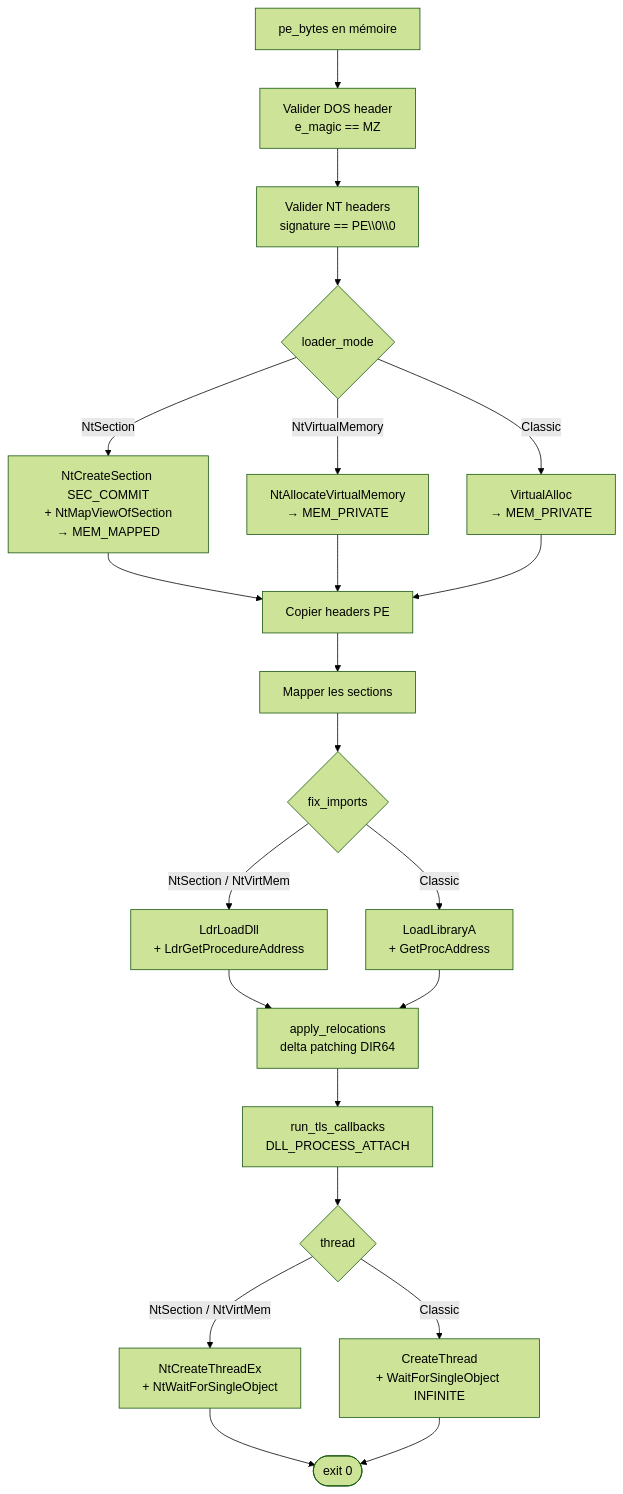
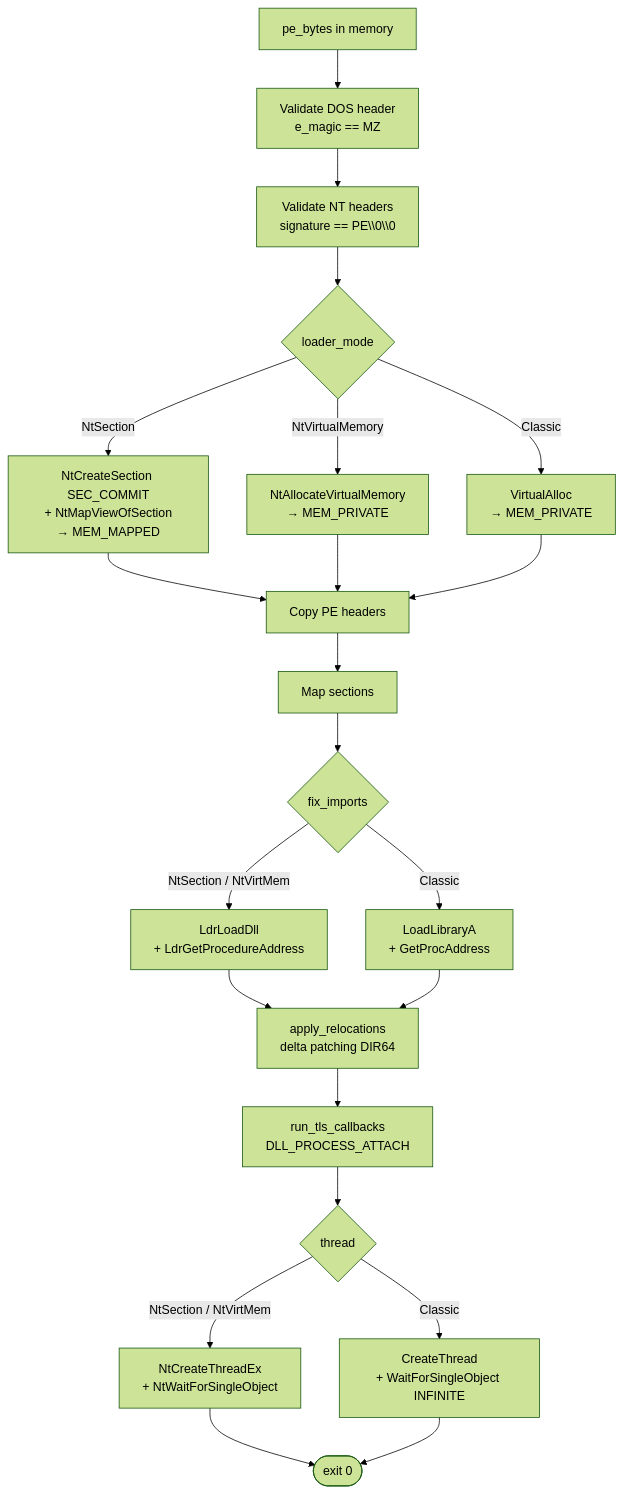
Before and after one commit to Xor290/C2-XOR: diagram 13 of 18 in packer/DOCUMENTATION.md, drawn with Mermaid (forest theme). The commit also changed other lines of this file, not shown here.

````diff
--- a/packer/DOCUMENTATION.md
+++ b/packer/DOCUMENTATION.md
@@ -227,20 +268,20 @@
 ```mermaid
 flowchart TD
-    A[pe_bytes en mémoire] --> B[Valider DOS header\ne_magic == MZ]
-    B --> C[Valider NT headers\nsignature == PE\\0\\0]
+    A[pe_bytes in memory] --> B[Validate DOS header\ne_magic == MZ]
+    B --> C[Validate NT headers\nsignature == PE\\0\\0]
     C --> D{loader_mode}
     D -->|NtSection| D1[NtCreateSection SEC_COMMIT\n+ NtMapViewOfSection\n→ MEM_MAPPED]
     D -->|NtVirtualMemory| D2[NtAllocateVirtualMemory\n→ MEM_PRIVATE]
     D -->|Classic| D3[VirtualAlloc\n→ MEM_PRIVATE]
-    D1 & D2 & D3 --> E[Copier headers PE]
-    E --> F[Mapper les sections]
+    D1 & D2 & D3 --> E[Copy PE headers]
+    E --> F[Map sections]
     F --> G{fix_imports}
     G -->|NtSection / NtVirtMem| G1[LdrLoadDll\n+ LdrGetProcedureAddress]
     G -->|Classic| G2[LoadLibraryA\n+ GetProcAddress]
     G1 & G2 --> H[apply_relocations\ndelta patching DIR64]
     H --> I[run_tls_callbacks\nDLL_PROCESS_ATTACH]
     I --> J{thread}
     J -->|NtSection / NtVirtMem| J1[NtCreateThreadEx\n+ NtWaitForSingleObject]
     J -->|Classic| J2[CreateThread\n+ WaitForSingleObject INFINITE]
     J1 & J2 --> K([exit 0])
 ```
````
